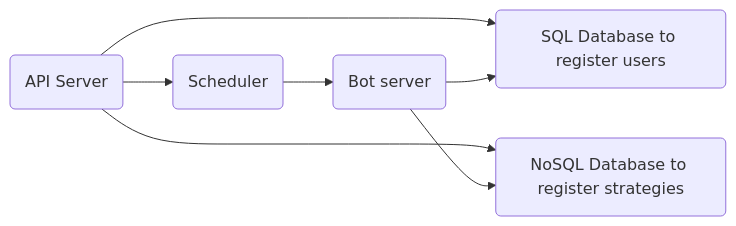
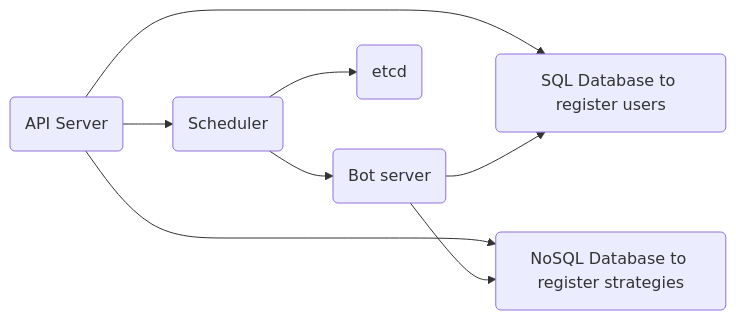
One commit to timothy-leong/alphalove changed the diagram in README.md. Above: the diagram before and after it, drawn with Mermaid. The commit also changed other lines of this file, not shown here.

````diff
--- a/README.md
+++ b/README.md
@@ -9,12 +9,14 @@
 ```mermaid
 
     graph LR;
     B(API Server) --> D1(SQL Database to register users)
     B --> D2(NoSQL Database to register strategies)
     C(Bot server)
     D(Scheduler)
     B --> D
     D --> C
     C --> D1
     C --> D2
+    E(etcd)
+    D-->E
 ```
````
